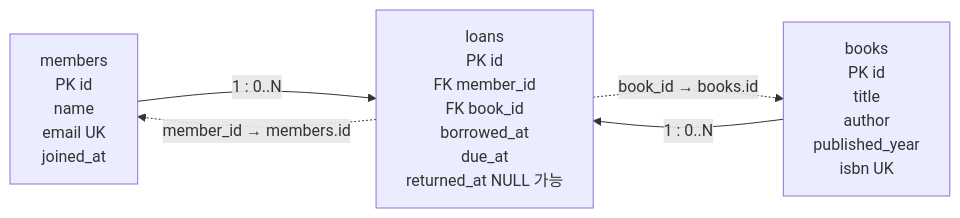
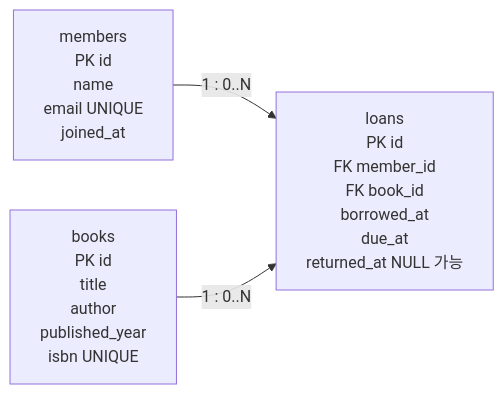
Before and after one commit to GilbertMoon/ai-database-book: the diagram in images/chapter05/ch05_06_library_erd_overview.mmd, drawn with Mermaid.

Commit message:
Finalize Chapter 05 library ERD Mermaid

```diff
--- a/images/chapter05/ch05_06_library_erd_overview.mmd
+++ b/images/chapter05/ch05_06_library_erd_overview.mmd
@@ -1,9 +1,6 @@
 flowchart LR
-    M[members<br/>PK id<br/>name<br/>email UK<br/>joined_at]
+    M[members<br/>PK id<br/>name<br/>email UNIQUE<br/>joined_at]
     L[loans<br/>PK id<br/>FK member_id<br/>FK book_id<br/>borrowed_at<br/>due_at<br/>returned_at NULL 가능]
-    B[books<br/>PK id<br/>title<br/>author<br/>published_year<br/>isbn UK]
-
+    B[books<br/>PK id<br/>title<br/>author<br/>published_year<br/>isbn UNIQUE]
     M -- "1 : 0..N" --> L
     B -- "1 : 0..N" --> L
-    L -. "member_id → members.id" .-> M
-    L -. "book_id → books.id" .-> B
```
